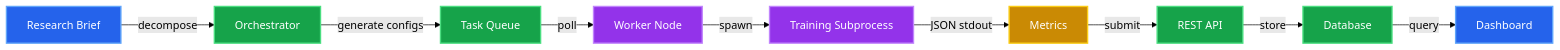
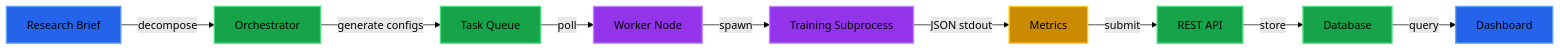
The second of 2 diagrams in docs/architecture.md (xeeva/XeeNet), drawn with Mermaid (forest theme) before and after one commit. The commit also changed other lines of this file and 4 other files, not shown here.

First line of the commit message:
Force black text in Mermaid nodes via theme config and inline styles

```diff
--- a/docs/architecture.md
+++ b/docs/architecture.md
@@ -159,21 +159,21 @@
   <div class="mermaid">
   flowchart LR
     BRIEF["Research Brief"] -->|"decompose"| ORC["Orchestrator"]
     ORC -->|"generate configs"| TASKS["Task Queue"]
     TASKS -->|"poll"| WORKER["Worker Node"]
     WORKER -->|"spawn"| TRAIN["Training Subprocess"]
     TRAIN -->|"JSON stdout"| METRICS["Metrics"]
     METRICS -->|"submit"| API["REST API"]
     API -->|"store"| DB["Database"]
     DB -->|"query"| DASH["Dashboard"]
 
-    style BRIEF fill:#2563eb,stroke:#60a5fa,stroke-width:2px,color:#fff
-    style ORC fill:#16a34a,stroke:#4ade80,stroke-width:2px,color:#fff
-    style TASKS fill:#16a34a,stroke:#4ade80,stroke-width:2px,color:#fff
-    style WORKER fill:#9333ea,stroke:#c084fc,stroke-width:2px,color:#fff
-    style TRAIN fill:#9333ea,stroke:#c084fc,stroke-width:2px,color:#fff
-    style METRICS fill:#ca8a04,stroke:#facc15,stroke-width:2px,color:#fff
-    style API fill:#16a34a,stroke:#4ade80,stroke-width:2px,color:#fff
-    style DB fill:#16a34a,stroke:#4ade80,stroke-width:2px,color:#fff
-    style DASH fill:#2563eb,stroke:#60a5fa,stroke-width:2px,color:#fff
+    style BRIEF fill:#2563eb,stroke:#60a5fa,stroke-width:2px,color:#000
+    style ORC fill:#16a34a,stroke:#4ade80,stroke-width:2px,color:#000
+    style TASKS fill:#16a34a,stroke:#4ade80,stroke-width:2px,color:#000
+    style WORKER fill:#9333ea,stroke:#c084fc,stroke-width:2px,color:#000
+    style TRAIN fill:#9333ea,stroke:#c084fc,stroke-width:2px,color:#000
+    style METRICS fill:#ca8a04,stroke:#facc15,stroke-width:2px,color:#000
+    style API fill:#16a34a,stroke:#4ade80,stroke-width:2px,color:#000
+    style DB fill:#16a34a,stroke:#4ade80,stroke-width:2px,color:#000
+    style DASH fill:#2563eb,stroke:#60a5fa,stroke-width:2px,color:#000
   </div>
```
